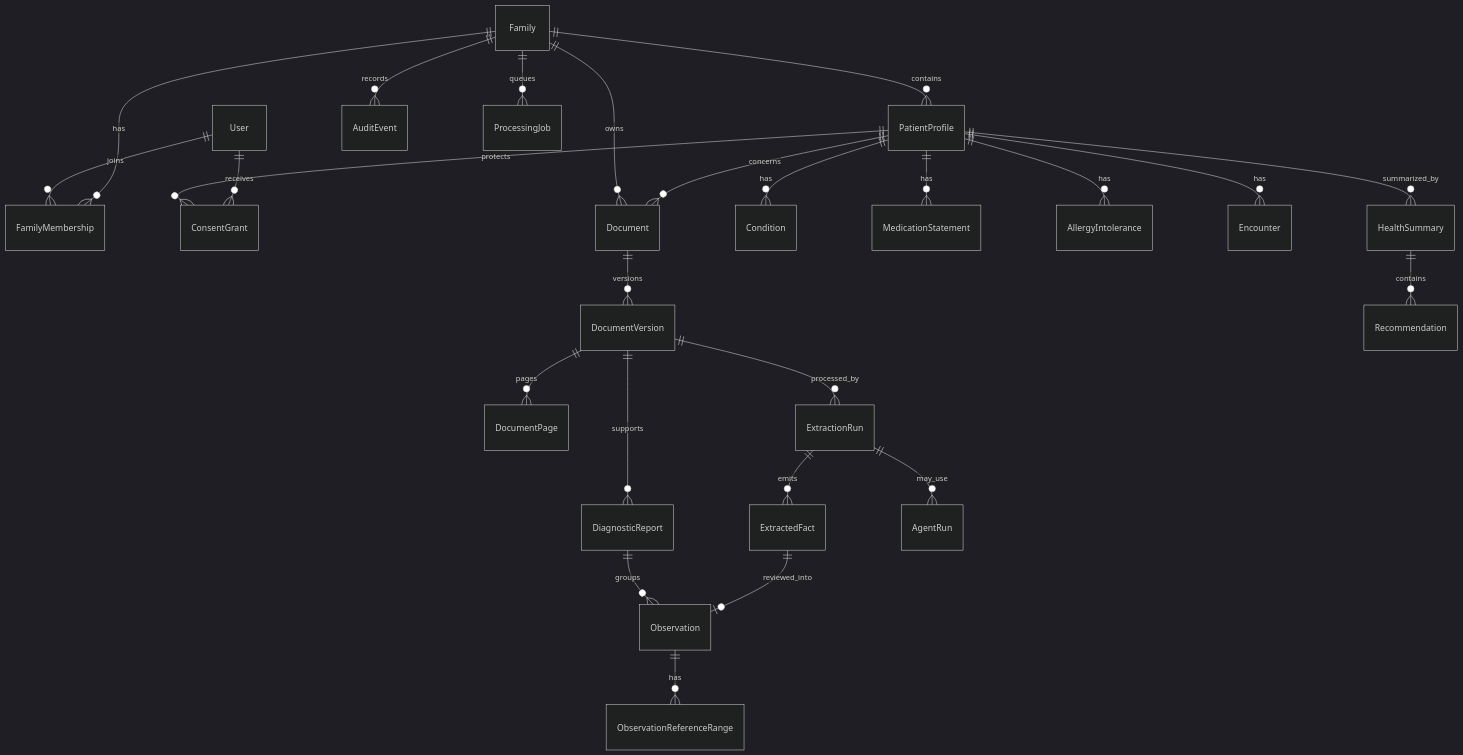
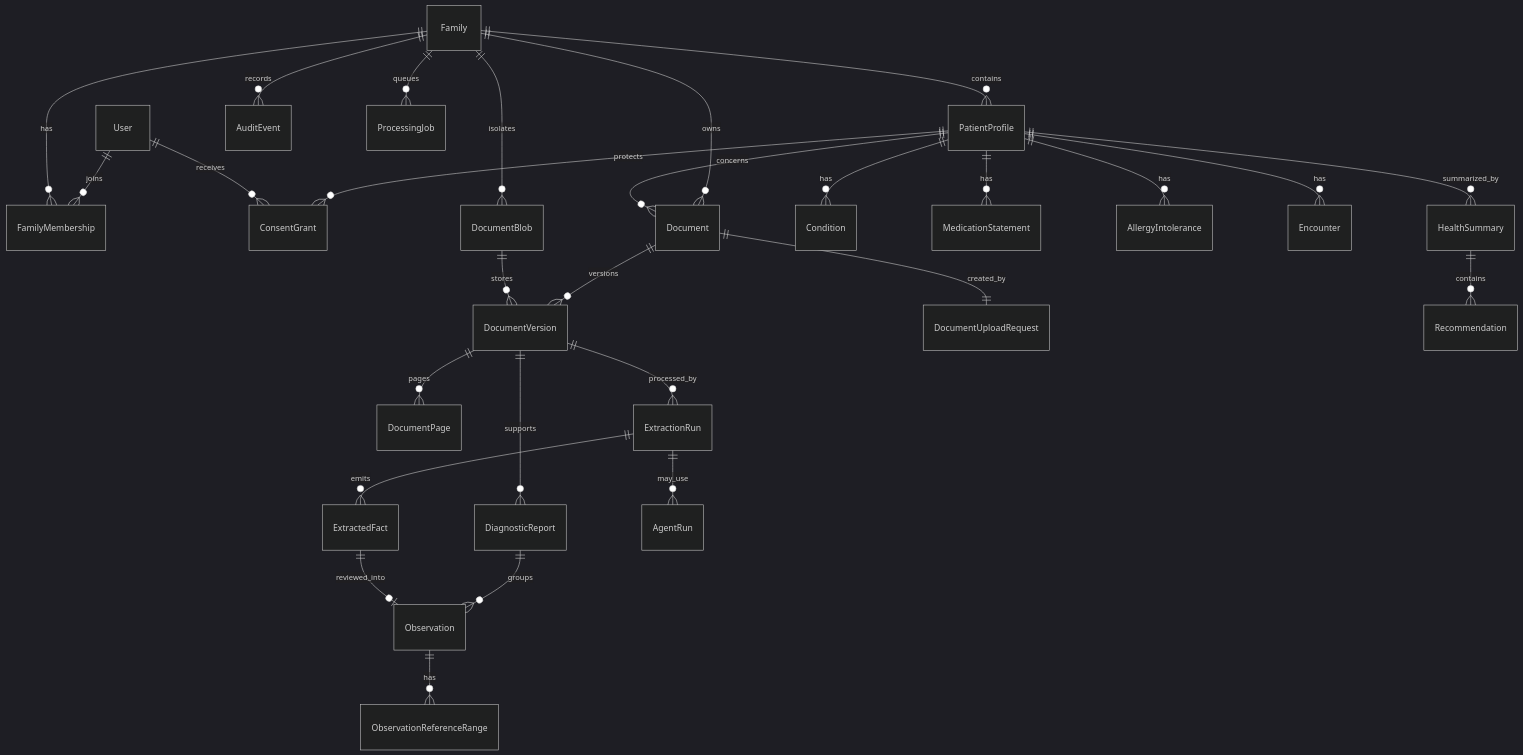
One commit to Braidner/veylta changed the diagram in docs/er-model.md. Above: the diagram before and after it, drawn with Mermaid (dark theme). The commit also changed other lines of this file and 81 other files, not shown here.

````diff
--- a/docs/er-model.md
+++ b/docs/er-model.md
@@ -21,30 +21,33 @@
 ```mermaid
 erDiagram
   User ||--o{ FamilyMembership : joins
   Family ||--o{ FamilyMembership : has
   Family ||--o{ PatientProfile : contains
   PatientProfile ||--o{ ConsentGrant : protects
   User ||--o{ ConsentGrant : receives
 
   Family ||--o{ Document : owns
   PatientProfile ||--o{ Document : concerns
   Document ||--o{ DocumentVersion : versions
+  Family ||--o{ DocumentBlob : isolates
+  DocumentBlob ||--o{ DocumentVersion : stores
+  Document ||--|| DocumentUploadRequest : created_by
   DocumentVersion ||--o{ DocumentPage : pages
   DocumentVersion ||--o{ ExtractionRun : processed_by
   ExtractionRun ||--o{ ExtractedFact : emits
   DocumentVersion ||--o{ DiagnosticReport : supports
   DiagnosticReport ||--o{ Observation : groups
   ExtractedFact ||--o| Observation : reviewed_into
   Observation ||--o{ ObservationReferenceRange : has
 
   PatientProfile ||--o{ Condition : has
   PatientProfile ||--o{ MedicationStatement : has
   PatientProfile ||--o{ AllergyIntolerance : has
   PatientProfile ||--o{ Encounter : has
   PatientProfile ||--o{ HealthSummary : summarized_by
   HealthSummary ||--o{ Recommendation : contains
 
   ExtractionRun ||--o{ AgentRun : may_use
   Family ||--o{ AuditEvent : records
   Family ||--o{ ProcessingJob : queues
 ```
````
